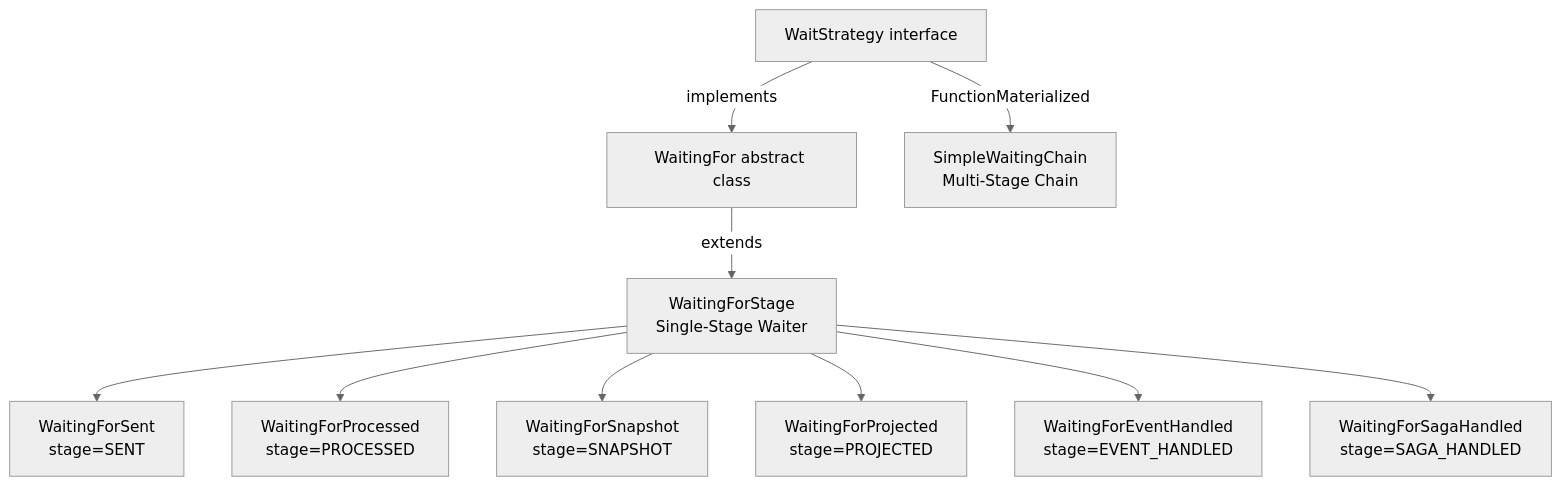
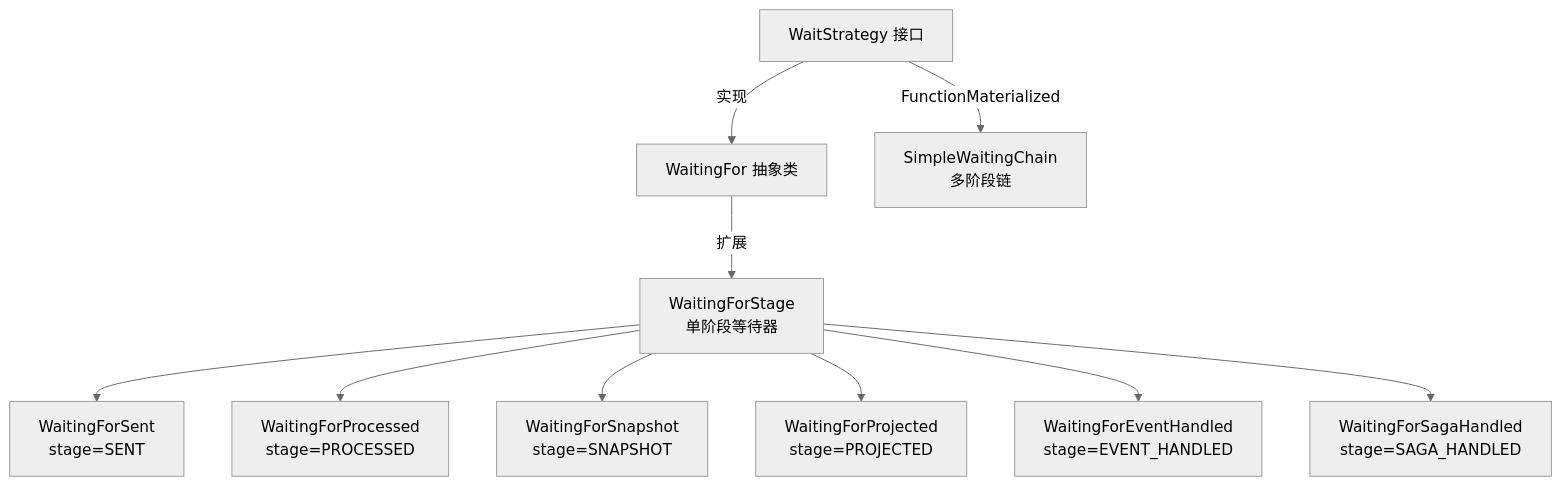
The third of 3 diagrams in documentation/docs/zh/guide/command-gateway.md (Ahoo-Wang/Wow), drawn with Mermaid (neutral theme) before and after one commit. The commit also changed other lines of this file and 11 other files, not shown here.

````diff
--- a/documentation/docs/zh/guide/command-gateway.md
+++ b/documentation/docs/zh/guide/command-gateway.md
@@ -667,26 +667,26 @@
 ```mermaid
 graph TB
-    WS[WaitStrategy interface]
-    WF[WaitingFor abstract class]
-    WFS[WaitingForStage<br>Single-Stage Waiter]
-    SC[SimpleWaitingChain<br>Multi-Stage Chain]
+    WS[WaitStrategy 接口]
+    WF[WaitingFor 抽象类]
+    WFS[WaitingForStage<br>单阶段等待器]
+    SC[SimpleWaitingChain<br>多阶段链]
 
-    WS -->|implements| WF
-    WF -->|extends| WFS
+    WS -->|实现| WF
+    WF -->|扩展| WFS
     WS -->|FunctionMaterialized| SC
 
     WFS_SENT[WaitingForSent<br>stage=SENT]
     WFS_PROC[WaitingForProcessed<br>stage=PROCESSED]
     WFS_SNAP[WaitingForSnapshot<br>stage=SNAPSHOT]
     WFS_PROJ[WaitingForProjected<br>stage=PROJECTED]
     WFS_EH[WaitingForEventHandled<br>stage=EVENT_HANDLED]
     WFS_SH[WaitingForSagaHandled<br>stage=SAGA_HANDLED]
 
     WFS --> WFS_SENT
     WFS --> WFS_PROC
     WFS --> WFS_SNAP
     WFS --> WFS_PROJ
     WFS --> WFS_EH
     WFS --> WFS_SH
 
 ```
````
